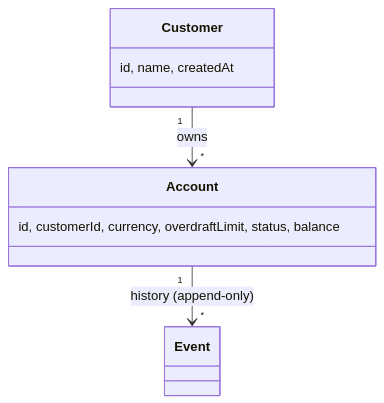
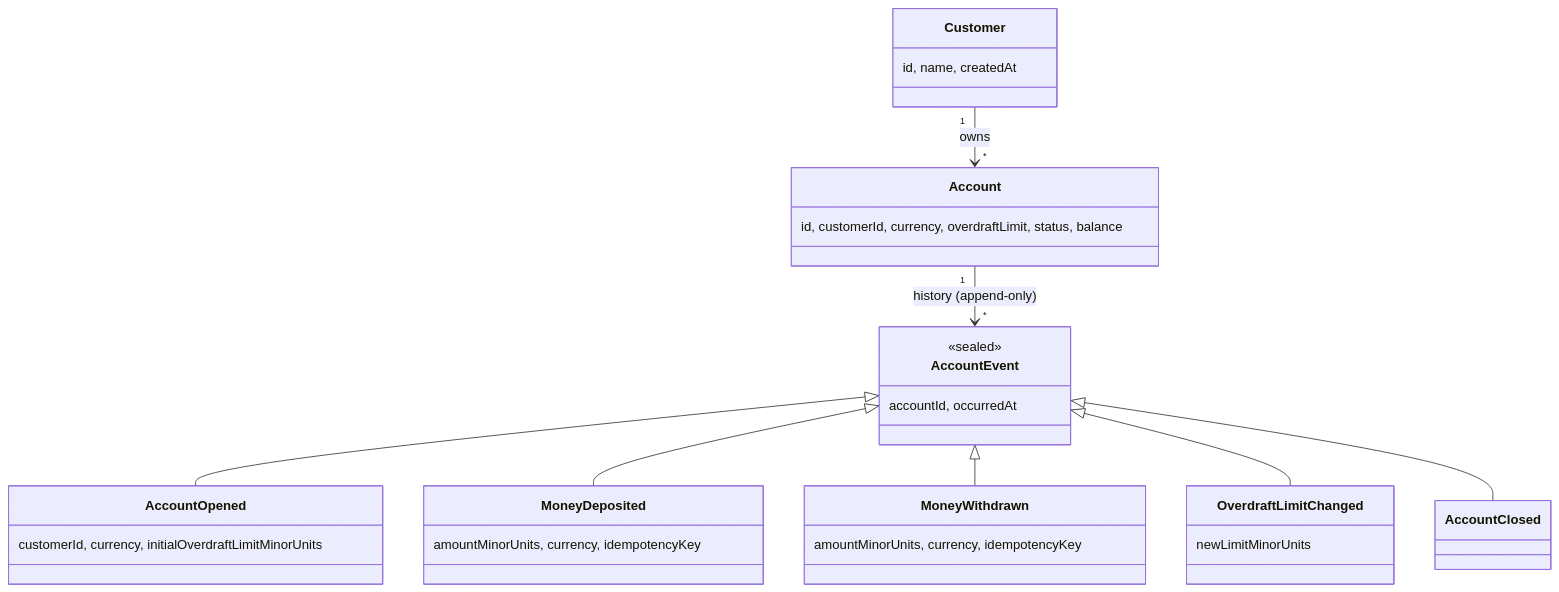
Before and after one commit to rspievakc/ledger-project: the diagram in README.md, drawn with Mermaid.

Commit message:
docs(readme): expand Event into the AccountEvent sealed hierarchy
Replaces the bare `Event` node in the Domain model class diagram with
the full sealed-interface shape: the common base (`accountId`,
`occurredAt`) plus each concrete variant with its specific payload
(`AccountOpened`, `MoneyDeposited`, `MoneyWithdrawn`,
`OverdraftLimitChanged`, `AccountClosed`). Property names match
`AccountEvent.java` exactly, so a reader can match the diagram to
the source without guessing.

````diff
--- a/README.md
+++ b/README.md
@@ -318,7 +318,23 @@
 ```mermaid
 classDiagram
     class Customer { id, name, createdAt }
     class Account { id, customerId, currency, overdraftLimit, status, balance }
     Customer "1" --> "*" Account : owns
-    Account "1" --> "*" Event : history (append-only)
+    Account "1" --> "*" AccountEvent : history (append-only)
+
+    class AccountEvent {
+        <<sealed>>
+        accountId, occurredAt
+    }
+    class AccountOpened { customerId, currency, initialOverdraftLimitMinorUnits }
+    class MoneyDeposited { amountMinorUnits, currency, idempotencyKey }
+    class MoneyWithdrawn { amountMinorUnits, currency, idempotencyKey }
+    class OverdraftLimitChanged { newLimitMinorUnits }
+    class AccountClosed
+
+    AccountEvent <|-- AccountOpened
+    AccountEvent <|-- MoneyDeposited
+    AccountEvent <|-- MoneyWithdrawn
+    AccountEvent <|-- OverdraftLimitChanged
+    AccountEvent <|-- AccountClosed
 ```
````
